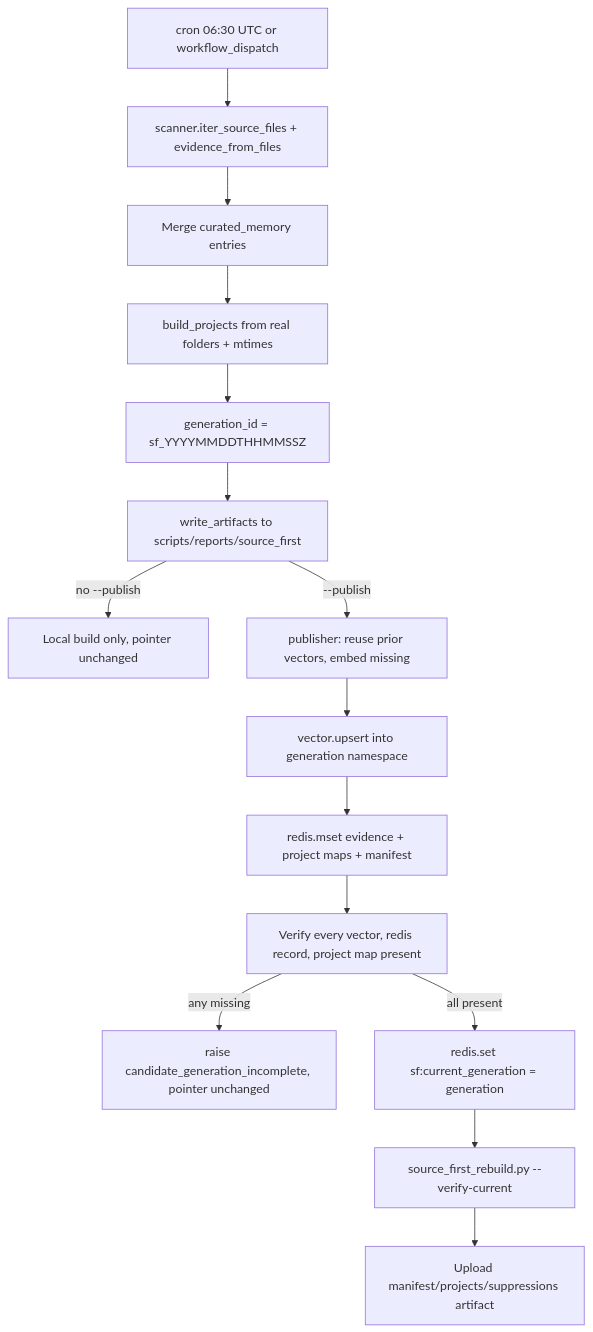
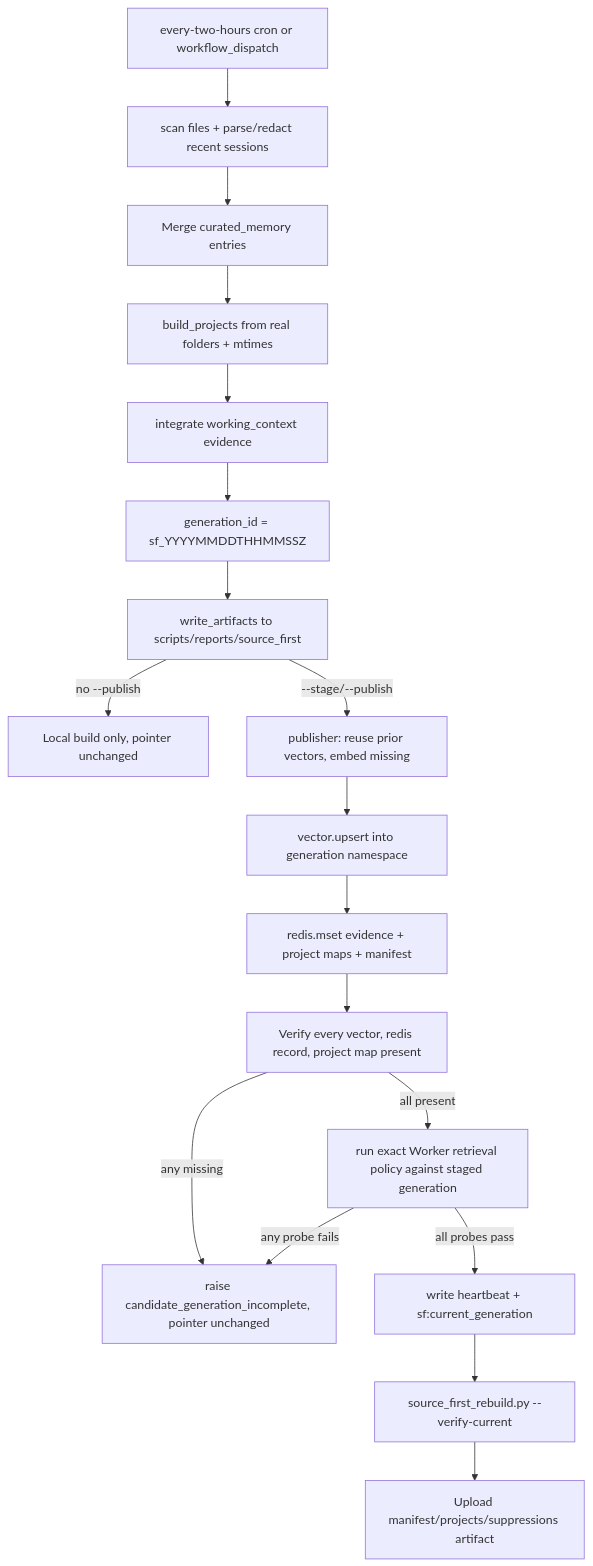
One commit to ArjunDivecha/personal-knowledge-system changed the diagram in openwiki/workflows/source-first-rebuild.md. Above: the diagram before and after it, drawn with Mermaid. The commit also changed other lines of this file and 25 other files, not shown here.

````diff
--- a/openwiki/workflows/source-first-rebuild.md
+++ b/openwiki/workflows/source-first-rebuild.md
@@ -113,17 +122,20 @@
 ```mermaid
 flowchart TD
-    Start["cron 06:30 UTC or workflow_dispatch"] --> Scan["scanner.iter_source_files + evidence_from_files"]
+    Start["every-two-hours cron or workflow_dispatch"] --> Scan["scan files + parse/redact recent sessions"]
     Scan --> Curated["Merge curated_memory entries"]
     Curated --> Projects["build_projects from real folders + mtimes"]
-    Projects --> GenID["generation_id = sf_YYYYMMDDTHHMMSSZ"]
+    Projects --> Sessions["integrate working_context evidence"]
+    Sessions --> GenID["generation_id = sf_YYYYMMDDTHHMMSSZ"]
     GenID --> WriteArtifacts["write_artifacts to scripts/reports/source_first"]
     WriteArtifacts -->|"no --publish"| DoneLocal["Local build only, pointer unchanged"]
-    WriteArtifacts -->|"--publish"| Embed["publisher: reuse prior vectors, embed missing"]
+    WriteArtifacts -->|"--stage/--publish"| Embed["publisher: reuse prior vectors, embed missing"]
     Embed --> UpsertVec["vector.upsert into generation namespace"]
     UpsertVec --> WriteRedis["redis.mset evidence + project maps + manifest"]
     WriteRedis --> VerifyCounts["Verify every vector, redis record, project map present"]
     VerifyCounts -->|"any missing"| Fail["raise candidate_generation_incomplete, pointer unchanged"]
-    VerifyCounts -->|"all present"| Swap["redis.set sf:current_generation = generation"]
+    VerifyCounts -->|"all present"| CandidateEval["run exact Worker retrieval policy against staged generation"]
+    CandidateEval -->|"any probe fails"| Fail
+    CandidateEval -->|"all probes pass"| Swap["write heartbeat + sf:current_generation"]
     Swap --> VerifyServing["source_first_rebuild.py --verify-current"]
     VerifyServing --> Upload["Upload manifest/projects/suppressions artifact"]
 ```
````
